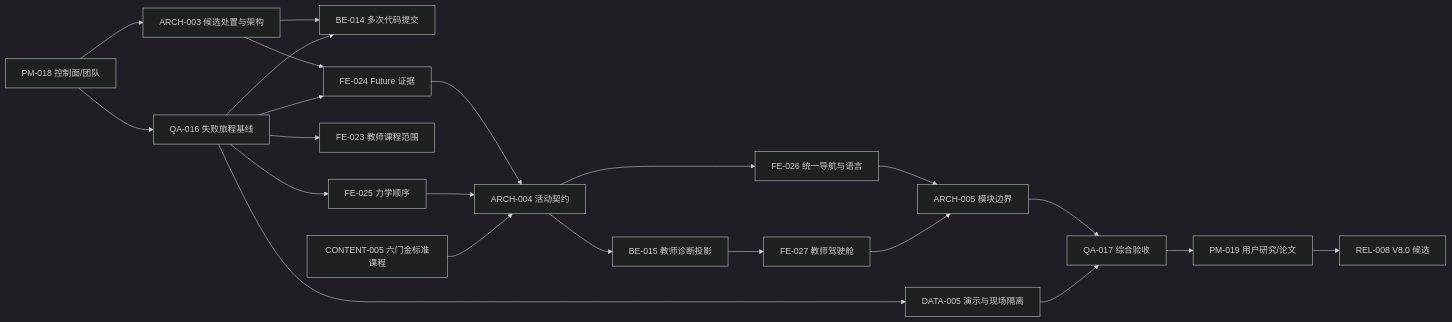
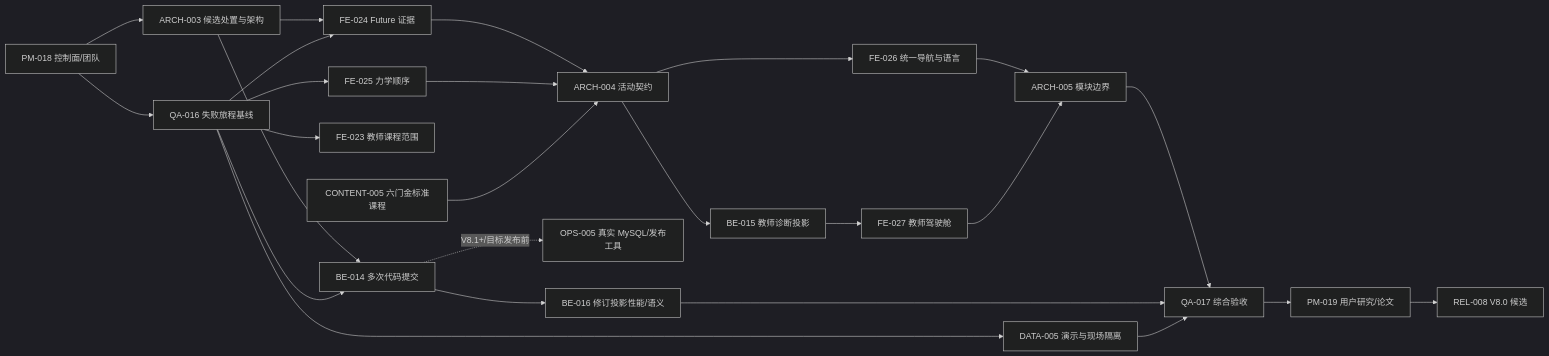
One commit to falling-feather/Astra changed the fifth of 5 diagrams in doc/02-项目规划.md. Above: the diagram before and after it, drawn with Mermaid (dark theme). The commit also changed other lines of this file and 15 other files, not shown here.

````diff
--- a/doc/02-项目规划.md
+++ b/doc/02-项目规划.md
@@ -392,24 +396,27 @@
 ```mermaid
 flowchart LR
     PM18["PM-018 控制面/团队"] --> ARCH3["ARCH-003 候选处置与架构"]
     PM18 --> QA16["QA-016 失败旅程基线"]
     ARCH3 --> BE14["BE-014 多次代码提交"]
+    BE14 --> BE16["BE-016 修订投影性能/语义"]
+    BE14 -. "V8.1+/目标发布前" .-> OPS5["OPS-005 真实 MySQL/发布工具"]
     ARCH3 --> FE24["FE-024 Future 证据"]
     QA16 --> FE23["FE-023 教师课程范围"]
     QA16 --> BE14
     QA16 --> FE24
     QA16 --> FE25["FE-025 力学顺序"]
     QA16 --> DATA5["DATA-005 演示与现场隔离"]
     FE24 --> ARCH4["ARCH-004 活动契约"]
     FE25 --> ARCH4
     CONTENT5["CONTENT-005 六门金标准课程"] --> ARCH4
     ARCH4 --> FE26["FE-026 统一导航与语言"]
     ARCH4 --> BE15["BE-015 教师诊断投影"]
     BE15 --> FE27["FE-027 教师驾驶舱"]
     FE26 --> ARCH5["ARCH-005 模块边界"]
     FE27 --> ARCH5
     ARCH5 --> QA17["QA-017 综合验收"]
+    BE16 --> QA17
     DATA5 --> QA17
     QA17 --> PM19["PM-019 用户研究/论文"]
     PM19 --> REL8["REL-008 V8.0 候选"]
 ```
````
